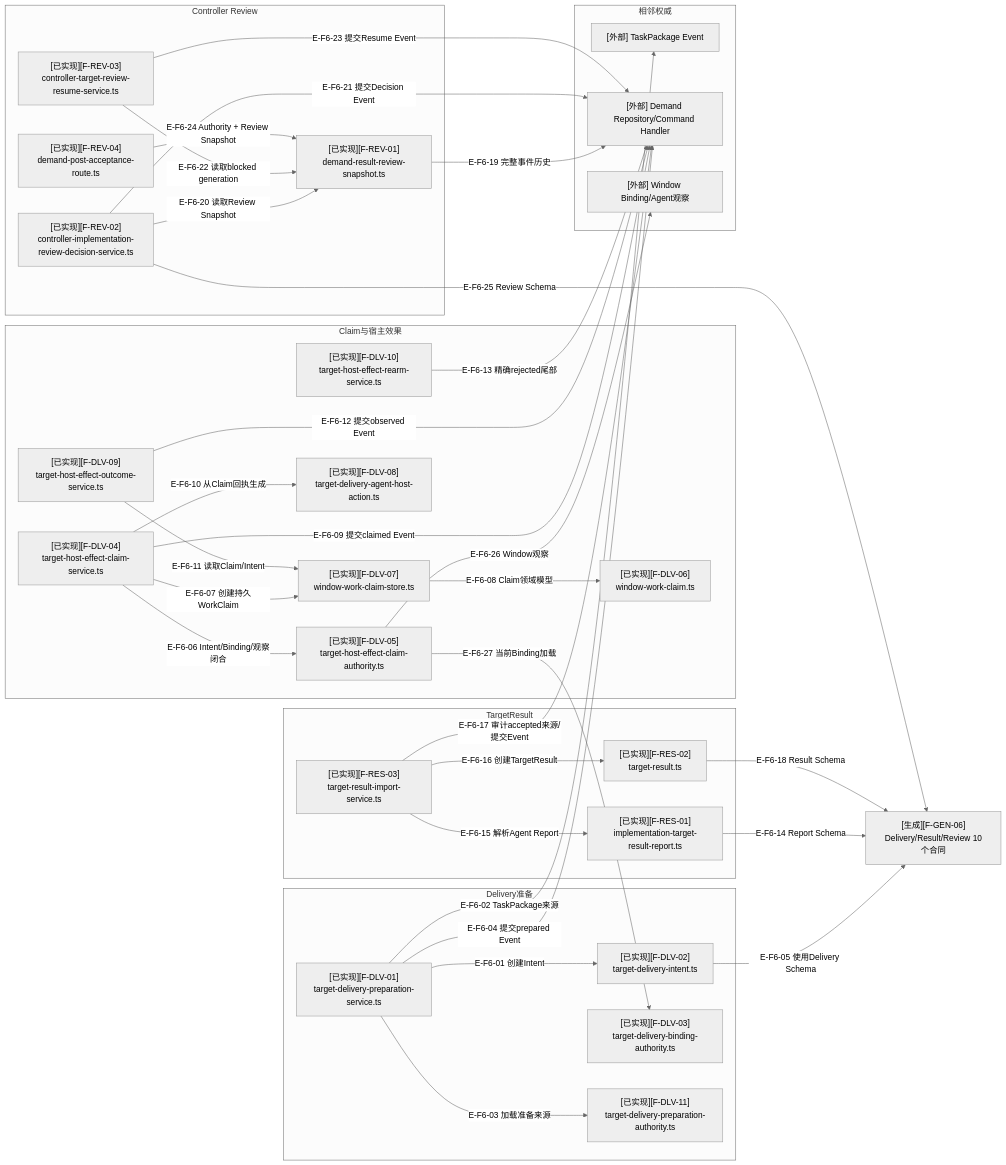
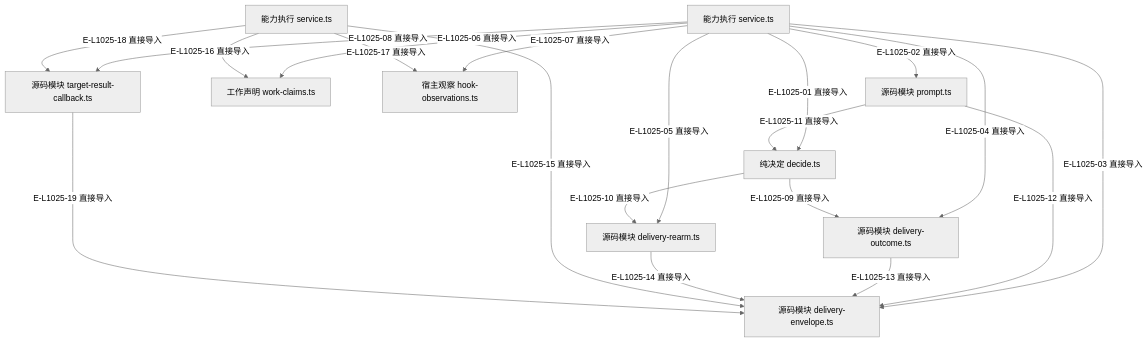
The diagram in wakeflow-architecture-atlas/maps/06-implementation-delivery-review/file-dependencies.md (GxFn/Wakeflow), drawn with Mermaid (neutral theme) before and after one commit. The commit also changed other lines of this file and 71 other files, not shown here.

Commit message:
docs(atlas): align architecture maps with L1 nine-slice implementation

````diff
--- a/wakeflow-architecture-atlas/maps/06-implementation-delivery-review/file-dependencies.md
+++ b/wakeflow-architecture-atlas/maps/06-implementation-delivery-review/file-dependencies.md
@@ -27,68 +152,34 @@
 ```mermaid
-flowchart LR
-  accTitle: Delivery Result与Controller Review关键文件依赖
-  accDescr: Delivery Preparation Service通过Preparation Authority组合TaskPackage、私有Binding和Intent；Claim Authority复用窄Binding loader，Claim Service组合Intent、观察、WindowWorkClaim Store与Demand Repository并生成Agent Host Action；Outcome/Rearm服务记录效果事件；Result Import闭合Report和accepted effect；Review Snapshot审计事件流，Decision/Resume Service提交审阅事件，Post Acceptance Route从Authority和Snapshot选择下一阶段。
-
-  subgraph ROOTS["Delivery准备"]
-    PREP["[已实现][F-DLV-01]\ntarget-delivery-preparation-service.ts"]
-    INTENT["[已实现][F-DLV-02]\ntarget-delivery-intent.ts"]
-    BIND_AUTH["[已实现][F-DLV-03]\ntarget-delivery-binding-authority.ts"]
-    PREP_AUTH["[已实现][F-DLV-11]\ntarget-delivery-preparation-authority.ts"]
-  end
-  subgraph SHARED_ENTRY["Claim与宿主效果"]
-    CLAIM["[已实现][F-DLV-04]\ntarget-host-effect-claim-service.ts"]
-    CLAIM_AUTH["[已实现][F-DLV-05]\ntarget-host-effect-claim-authority.ts"]
-    WORKCLAIM["[已实现][F-DLV-06]\nwindow-work-claim.ts"]
-    CLAIM_STORE["[已实现][F-DLV-07]\nwindow-work-claim-store.ts"]
-    ACTION["[已实现][F-DLV-08]\ntarget-delivery-agent-host-action.ts"]
-    OUTCOME["[已实现][F-DLV-09]\ntarget-host-effect-outcome-service.ts"]
-    REARM["[已实现][F-DLV-10]\ntarget-host-effect-rearm-service.ts"]
-  end
-  subgraph DOMAIN["TargetResult"]
-    REPORT["[已实现][F-RES-01]\nimplementation-target-result-report.ts"]
-    RESULT["[已实现][F-RES-02]\ntarget-result.ts"]
-    IMPORT["[已实现][F-RES-03]\ntarget-result-import-service.ts"]
-  end
-  subgraph HOST_ENTRY["Controller Review"]
-    SNAPSHOT["[已实现][F-REV-01]\ndemand-result-review-snapshot.ts"]
-    DECISION["[已实现][F-REV-02]\ncontroller-implementation-review-decision-service.ts"]
-    RESUME["[已实现][F-REV-03]\ncontroller-target-review-resume-service.ts"]
-    ROUTE["[已实现][F-REV-04]\ndemand-post-acceptance-route.ts"]
-  end
-  subgraph HOST_IMPL["相邻权威"]
-    PACKAGE["[外部] TaskPackage Event"]
-    REPOSITORY["[外部] Demand Repository/Command Handler"]
-    BINDING["[外部] Window Binding/Agent观察"]
-  end
-  WIRE["[生成][F-GEN-06]\nDelivery/Result/Review 10个合同"]
-
-  PREP -->|"E-F6-01 创建Intent"| INTENT
-  PREP -->|"E-F6-02 TaskPackage来源"| PACKAGE
-  PREP -->|"E-F6-03 加载准备来源"| PREP_AUTH
-  PREP -->|"E-F6-04 提交prepared Event"| REPOSITORY
-  INTENT -->|"E-F6-05 使用Delivery Schema"| WIRE
-  CLAIM -->|"E-F6-06 Intent/Binding/观察闭合"| CLAIM_AUTH
-  CLAIM -->|"E-F6-07 创建持久WorkClaim"| CLAIM_STORE
-  CLAIM_STORE -->|"E-F6-08 Claim领域模型"| WORKCLAIM
-  CLAIM -->|"E-F6-09 提交claimed Event"| REPOSITORY
-  CLAIM -->|"E-F6-10 从Claim回执生成"| ACTION
-  OUTCOME -->|"E-F6-11 读取Claim/Intent"| CLAIM_STORE
-  OUTCOME -->|"E-F6-12 提交observed Event"| REPOSITORY
-  REARM -->|"E-F6-13 精确rejected尾部"| REPOSITORY
-
-  REPORT -->|"E-F6-14 Report Schema"| WIRE
-  IMPORT -->|"E-F6-15 解析Agent Report"| REPORT
-  IMPORT -->|"E-F6-16 创建TargetResult"| RESULT
-  IMPORT -->|"E-F6-17 审计accepted来源/提交Event"| REPOSITORY
-  RESULT -->|"E-F6-18 Result Schema"| WIRE
-
-  SNAPSHOT -->|"E-F6-19 完整事件历史"| REPOSITORY
-  DECISION -->|"E-F6-20 读取Review Snapshot"| SNAPSHOT
-  DECISION -->|"E-F6-21 提交Decision Event"| REPOSITORY
-  RESUME -->|"E-F6-22 读取blocked generation"| SNAPSHOT
-  RESUME -->|"E-F6-23 提交Resume Event"| REPOSITORY
-  ROUTE -->|"E-F6-24 Authority + Review Snapshot"| SNAPSHOT
-  DECISION -->|"E-F6-25 Review Schema"| WIRE
-  CLAIM_AUTH -->|"E-F6-26 Window观察"| BINDING
-  CLAIM_AUTH -->|"E-F6-27 当前Binding加载"| BIND_AUTH
+flowchart TB
+  accTitle: 投递与结果的精选直接导入
+  accDescr: 投递与结果所列具体文件之间的直接导入，不把静态依赖解释成运行调用。
+  f1["能力执行 service.ts"]
+  f2["纯决定 decide.ts"]
+  f3["源码模块 prompt.ts"]
+  f4["源码模块 delivery-envelope.ts"]
+  f5["源码模块 delivery-outcome.ts"]
+  f6["源码模块 delivery-rearm.ts"]
+  f7["工作声明 work-claims.ts"]
+  f8["宿主观察 hook-observations.ts"]
+  f9["能力执行 service.ts"]
+  f10["源码模块 target-result-callback.ts"]
+  f1 -->|"E-L1025-01 直接导入"| f2
+  f1 -->|"E-L1025-02 直接导入"| f3
+  f1 -->|"E-L1025-03 直接导入"| f4
+  f1 -->|"E-L1025-04 直接导入"| f5
+  f1 -->|"E-L1025-05 直接导入"| f6
+  f1 -->|"E-L1025-06 直接导入"| f7
+  f1 -->|"E-L1025-07 直接导入"| f8
+  f1 -->|"E-L1025-08 直接导入"| f10
+  f2 -->|"E-L1025-09 直接导入"| f5
+  f2 -->|"E-L1025-10 直接导入"| f6
+  f3 -->|"E-L1025-11 直接导入"| f2
+  f3 -->|"E-L1025-12 直接导入"| f4
+  f5 -->|"E-L1025-13 直接导入"| f4
+  f6 -->|"E-L1025-14 直接导入"| f4
+  f9 -->|"E-L1025-15 直接导入"| f4
+  f9 -->|"E-L1025-16 直接导入"| f7
+  f9 -->|"E-L1025-17 直接导入"| f8
+  f9 -->|"E-L1025-18 直接导入"| f10
+  f10 -->|"E-L1025-19 直接导入"| f4
 ```
````
